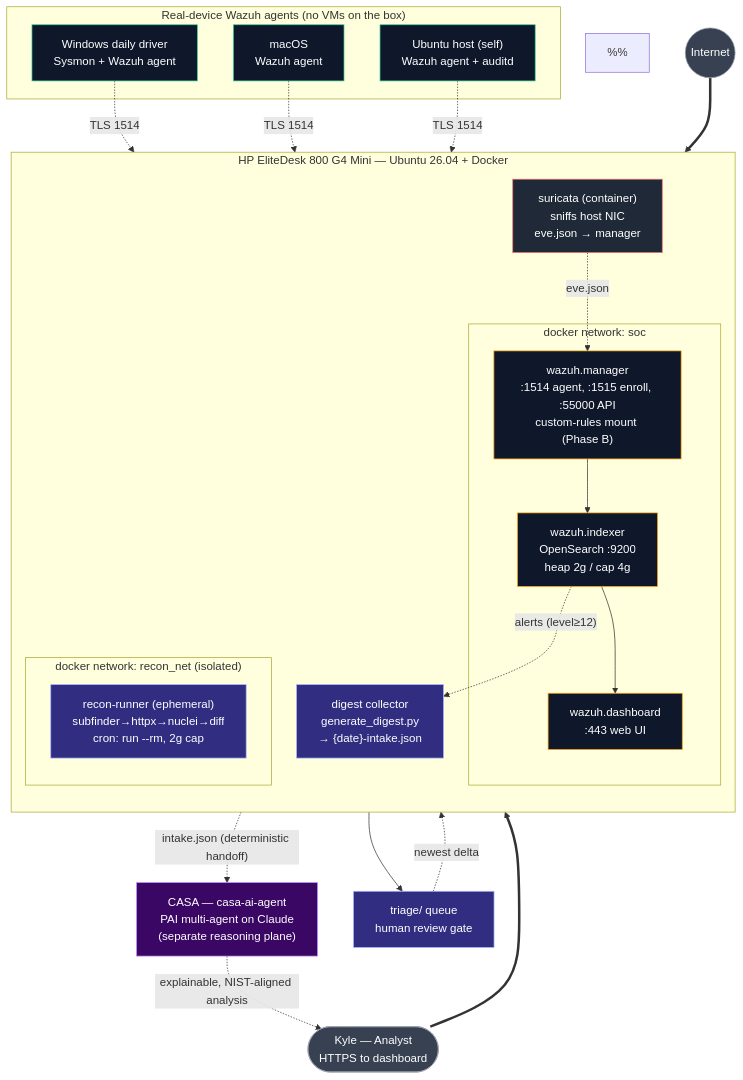
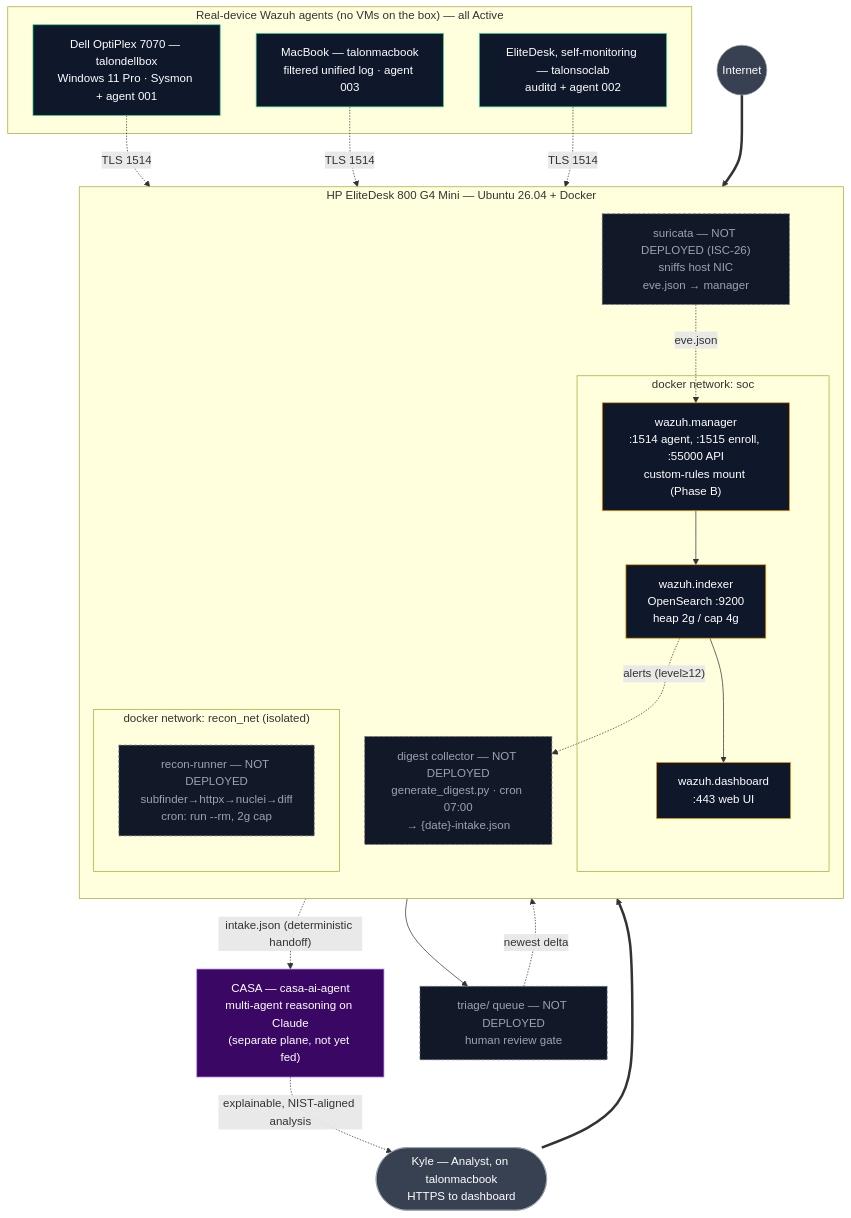
The diagram in phase-a-foundation/architecture.mmd (ktalons/talonsoclab), drawn with Mermaid before and after one commit.

Commit message:
docs: correct architecture.mmd to what is actually deployed
The container diagram calls itself the source of truth for the stack, but
drew suricata, recon-runner, digest and triage as live architecture. None
of them are running: no suricata service in compose, no recon image ever
built, no crontab, no /opt/soc-recon, no systemd timers. ISC-26 is still
open and agrees.

Those four now use the grey dashed `planned` treatment that
network-topology.mmd already uses for the Dell and the Pi, plus explicit
NOT DEPLOYED labels. The running stack keeps its coloured borders, so the
built work and the designed work are distinguishable at a glance.

Endpoint nodes were stale in a way the ISA had already corrected: the
Windows endpoint is the Dell OptiPlex (talondellbox), not a "daily
driver" -- that phrasing predated the hardware pivot, and the MacBook is
the only daily workstation. All three now name host, OS and agent ID.

Also adds the legend the file never had despite using three edge styles,
and drops a bare `%%` line that mermaid parsed as a node rather than a
comment.

```diff
--- a/phase-a-foundation/architecture.mmd
+++ b/phase-a-foundation/architecture.mmd
@@ -1,71 +1,72 @@
 flowchart TB
 %% TalonSocLab — Phase A Foundation SOC Stack (docker-compose edition)
 %% Single source of truth for the container topology + data flow.
 %% Companion: network-topology.mmd holds the physical / L2 network (router, switch, rack).
 %% Host: HP EliteDesk 800 G4 Mini (i5-8500T, 16 GB, 256 GB NVMe) — OWNED outright.
 %% Substrate: Ubuntu Server 26.04 LTS bare-metal + Docker (no Proxmox).
-%%
+%% Legend: solid = running now · dashed edge = telemetry / handoff · grey dashed node = not deployed
+%% Deployment status verified on the box 2026-07-29: indexer, manager, dashboard and all three
+%%   agents are up. Suricata, recon-runner, digest and triage exist in the repo but are NOT
+%%   running — no suricata service in compose, no recon image built, no cron installed.
 %% PIVOT NOTE: this replaced an earlier Proxmox/pfSense/VLAN topology. It trades
 %%   network realism (pfSense, VLANs, Windows endpoint VMs) for portability +
 %%   detection breadth.
 %% Endpoints are Wazuh agents on REAL devices, not VMs — keeps the 16 GB budget clear.
 
     Internet((Internet))
 
     subgraph Host["HP EliteDesk 800 G4 Mini — Ubuntu 26.04 + Docker"]
         direction TB
 
         subgraph SocNet["docker network: soc"]
             Indexer["wazuh.indexer<br/>OpenSearch :9200<br/>heap 2g / cap 4g"]
             Manager["wazuh.manager<br/>:1514 agent, :1515 enroll, :55000 API<br/>custom-rules mount (Phase B)"]
             Dashboard["wazuh.dashboard<br/>:443 web UI"]
         end
 
-        Suricata["suricata (container)<br/>sniffs host NIC<br/>eve.json → manager"]
+        Suricata["suricata — NOT DEPLOYED (ISC-26)<br/>sniffs host NIC<br/>eve.json → manager"]
 
         subgraph ReconNet["docker network: recon_net (isolated)"]
-            Recon["recon-runner (ephemeral)<br/>subfinder→httpx→nuclei→diff<br/>cron: run --rm, 2g cap"]
+            Recon["recon-runner — NOT DEPLOYED<br/>subfinder→httpx→nuclei→diff<br/>cron: run --rm, 2g cap"]
         end
 
-        Digest["digest collector<br/>generate_digest.py<br/>→ {date}-intake.json"]
+        Digest["digest collector — NOT DEPLOYED<br/>generate_digest.py · cron 07:00<br/>→ {date}-intake.json"]
     end
 
-    subgraph Endpoints["Real-device Wazuh agents (no VMs on the box)"]
-        Win["Windows daily driver<br/>Sysmon + Wazuh agent"]
-        Mac["macOS<br/>Wazuh agent"]
-        UbuntuHost["Ubuntu host (self)<br/>Wazuh agent + auditd"]
+    subgraph Endpoints["Real-device Wazuh agents (no VMs on the box) — all Active"]
+        Win["Dell OptiPlex 7070 — talondellbox<br/>Windows 11 Pro · Sysmon + agent 001"]
+        Mac["MacBook — talonmacbook<br/>filtered unified log · agent 003"]
+        UbuntuHost["EliteDesk, self-monitoring — talonsoclab<br/>auditd + agent 002"]
     end
 
-    Analyst(["Kyle — Analyst<br/>HTTPS to dashboard"])
-    CASA["CASA — casa-ai-agent<br/>PAI multi-agent on Claude<br/>(separate reasoning plane)"]
-    Triage["triage/ queue<br/>human review gate"]
+    Analyst(["Kyle — Analyst, on talonmacbook<br/>HTTPS to dashboard"])
+    CASA["CASA — casa-ai-agent<br/>multi-agent reasoning on Claude<br/>(separate plane, not yet fed)"]
+    Triage["triage/ queue — NOT DEPLOYED<br/>human review gate"]
 
     Internet ==> Host
     Win  -. "TLS 1514" .-> Manager
     Mac  -. "TLS 1514" .-> Manager
     UbuntuHost -. "TLS 1514" .-> Manager
     Suricata -. "eve.json" .-> Manager
 
     Manager --> Indexer
     Indexer --> Dashboard
     Analyst ==> Dashboard
 
     Recon --> Triage
     Indexer -. "alerts (level≥12)" .-> Digest
     Triage  -. "newest delta" .-> Digest
     Digest -. "intake.json (deterministic handoff)" .-> CASA
     CASA -. "explainable, NIST-aligned analysis" .-> Analyst
 
     classDef soc fill:#0f172a,stroke:#f59e0b,color:#fff
-    classDef ids fill:#1f2937,stroke:#f87171,color:#fff
     classDef ep fill:#0f172a,stroke:#34d399,color:#fff
     classDef ext fill:#374151,stroke:#9ca3af,color:#fff
-    classDef recon fill:#312e81,stroke:#a5b4fc,color:#fff
     classDef casa fill:#3b0764,stroke:#c084fc,color:#fff
+    classDef planned fill:#111827,stroke:#6b7280,color:#9ca3af,stroke-dasharray:4 3
 
     class Indexer,Manager,Dashboard soc
-    class Suricata ids
     class Win,Mac,UbuntuHost ep
     class Internet,Analyst ext
-    class Recon,Digest,Triage recon
+    class Suricata,Recon,Digest,Triage planned
     class CASA casa
```
